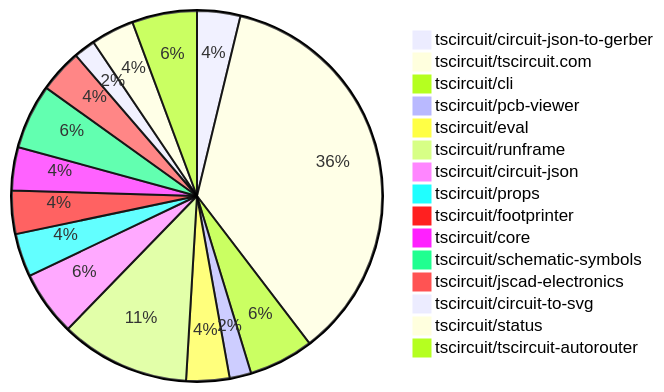
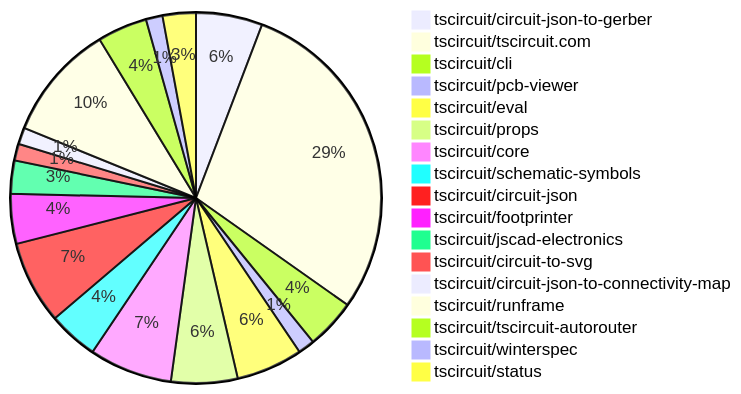
One commit to tscircuit/contribution-tracker changed the diagram in README.md. Above: the diagram before and after it, drawn with Mermaid. The commit also changed other lines of this file and 3 other files, not shown here.

````diff
--- a/README.md
+++ b/README.md
@@ -24,18 +24,20 @@
 ```mermaid
 pie
-    "tscircuit/circuit-json-to-gerber" : 2
-    "tscircuit/tscircuit.com" : 19
+    "tscircuit/circuit-json-to-gerber" : 4
+    "tscircuit/tscircuit.com" : 20
     "tscircuit/cli" : 3
     "tscircuit/pcb-viewer" : 1
-    "tscircuit/eval" : 2
-    "tscircuit/runframe" : 6
-    "tscircuit/circuit-json" : 3
-    "tscircuit/props" : 2
-    "tscircuit/footprinter" : 2
-    "tscircuit/core" : 2
+    "tscircuit/eval" : 4
+    "tscircuit/props" : 4
+    "tscircuit/core" : 5
     "tscircuit/schematic-symbols" : 3
+    "tscircuit/circuit-json" : 5
+    "tscircuit/footprinter" : 3
     "tscircuit/jscad-electronics" : 2
     "tscircuit/circuit-to-svg" : 1
+    "tscircuit/circuit-json-to-connectivity-map" : 1
+    "tscircuit/runframe" : 7
+    "tscircuit/tscircuit-autorouter" : 3
+    "tscircuit/winterspec" : 1
     "tscircuit/status" : 2
-    "tscircuit/tscircuit-autorouter" : 3
 ```
````
